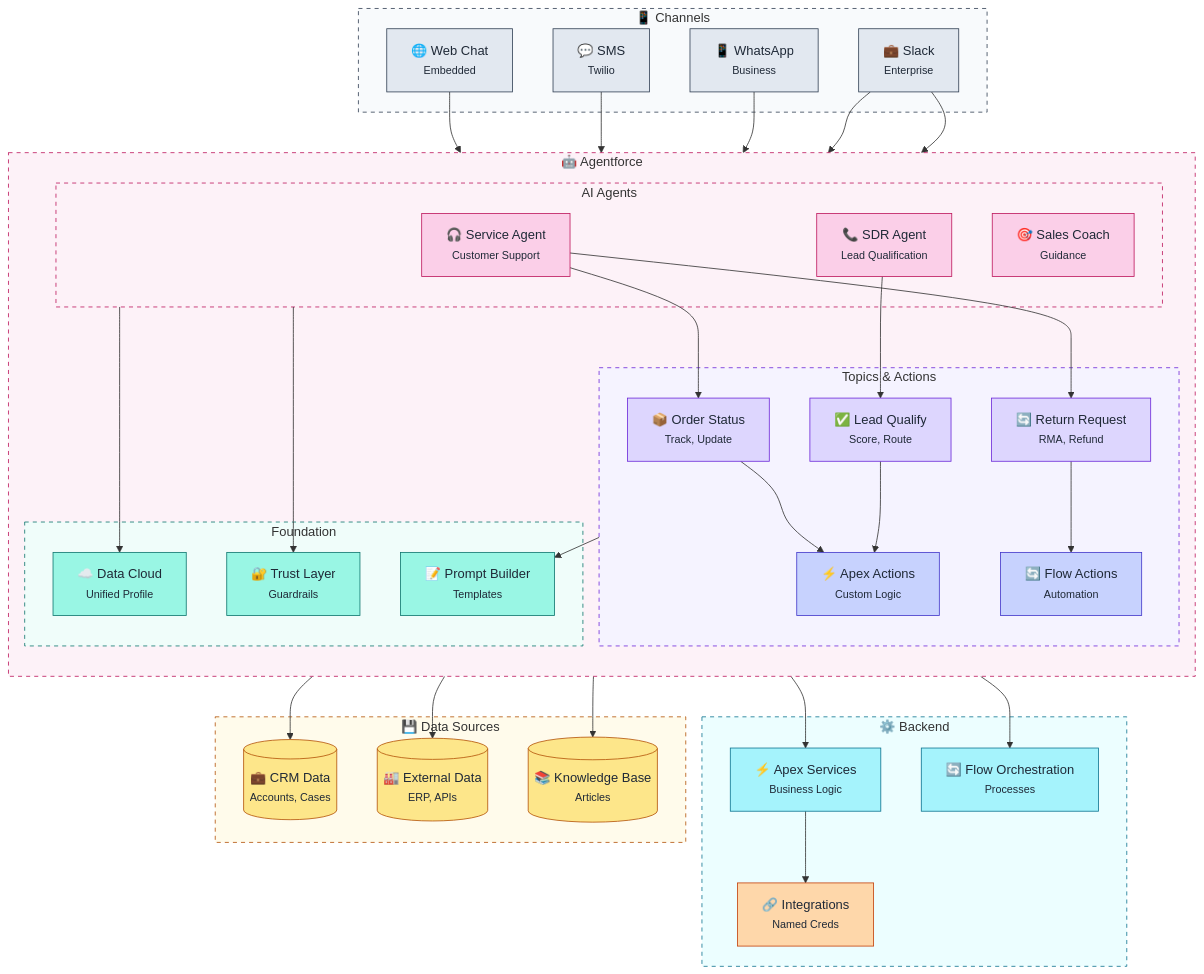
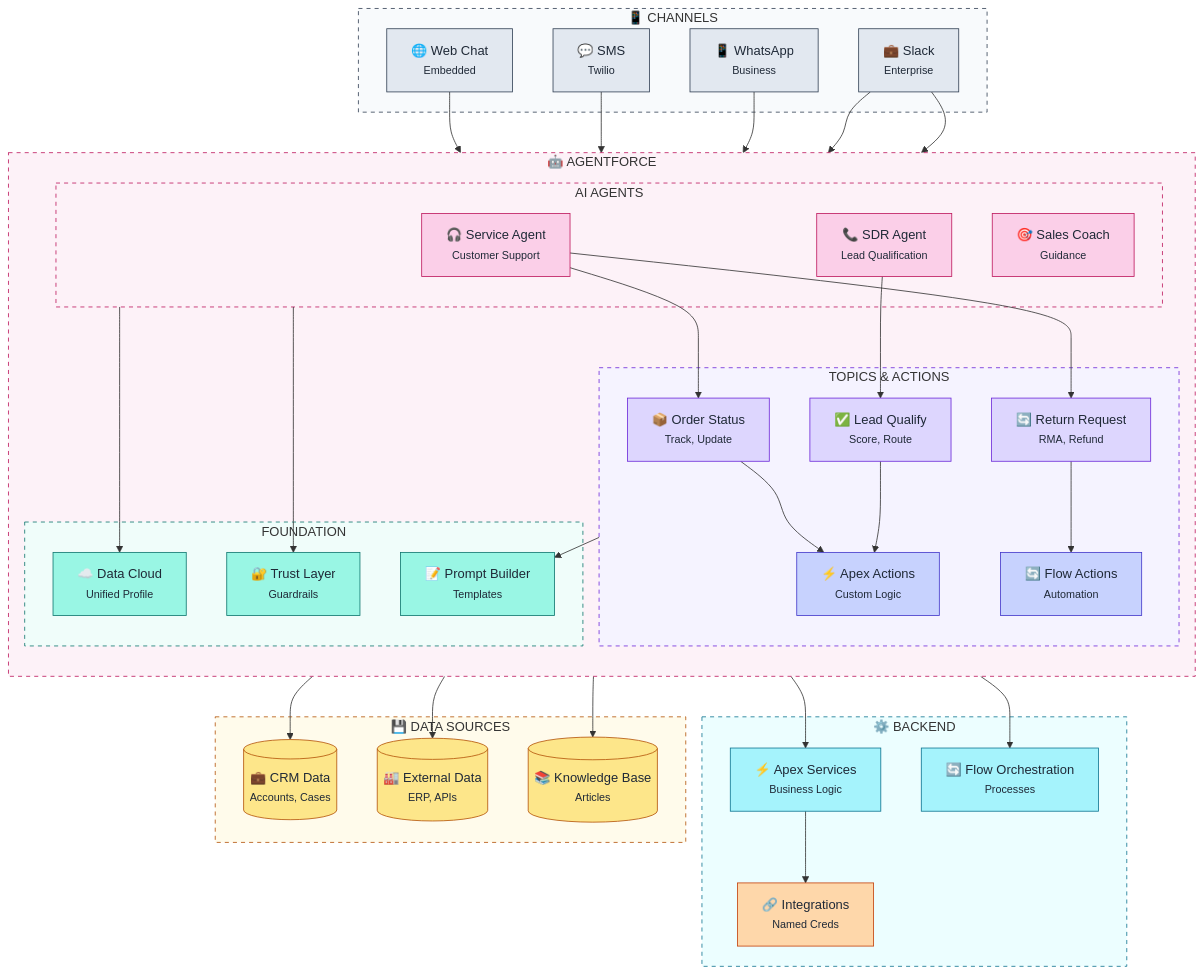
One commit to JuddLehmkuhl/sf-skills changed the second of 2 diagrams in sf-diagram/templates/architecture/system-landscape.md. Above: the diagram before and after it, drawn with Mermaid. The commit also changed other lines of this file and 3 other files, not shown here.

````diff
--- a/sf-diagram/templates/architecture/system-landscape.md
+++ b/sf-diagram/templates/architecture/system-landscape.md
@@ -145,22 +145,22 @@
 ```mermaid
 flowchart TB
-    subgraph channels["📱 Channels"]
+    subgraph channels["📱 CHANNELS"]
         WEB["🌐 Web Chat<br/><small>Embedded</small>"]
         SMS["💬 SMS<br/><small>Twilio</small>"]
         WHATS["📱 WhatsApp<br/><small>Business</small>"]
         SLACK["💼 Slack<br/><small>Enterprise</small>"]
     end
 
-    subgraph agentforce["🤖 Agentforce"]
+    subgraph agentforce["🤖 AGENTFORCE"]
         direction TB
 
-        subgraph agents["AI Agents"]
+        subgraph agents["AI AGENTS"]
             SA["🎧 Service Agent<br/><small>Customer Support</small>"]
             SDA["📞 SDR Agent<br/><small>Lead Qualification</small>"]
             COACH["🎯 Sales Coach<br/><small>Guidance</small>"]
         end
 
-        subgraph topics["Topics & Actions"]
+        subgraph topics["TOPICS & ACTIONS"]
             T1["📦 Order Status<br/><small>Track, Update</small>"]
             T2["🔄 Return Request<br/><small>RMA, Refund</small>"]
             T3["✅ Lead Qualify<br/><small>Score, Route</small>"]
@@ -168,20 +168,20 @@
             A2["🔄 Flow Actions<br/><small>Automation</small>"]
         end
 
-        subgraph foundation["Foundation"]
+        subgraph foundation["FOUNDATION"]
             DM["☁️ Data Cloud<br/><small>Unified Profile</small>"]
             TRUST["🔐 Trust Layer<br/><small>Guardrails</small>"]
             PROMPT["📝 Prompt Builder<br/><small>Templates</small>"]
         end
     end
 
-    subgraph backend["⚙️ Backend"]
+    subgraph backend["⚙️ BACKEND"]
         APEX["⚡ Apex Services<br/><small>Business Logic</small>"]
         FLOW["🔄 Flow Orchestration<br/><small>Processes</small>"]
         INT["🔗 Integrations<br/><small>Named Creds</small>"]
     end
 
-    subgraph datasources["💾 Data Sources"]
+    subgraph datasources["💾 DATA SOURCES"]
         CRM[("💼 CRM Data<br/><small>Accounts, Cases</small>")]
         EXT[("🏭 External Data<br/><small>ERP, APIs</small>")]
         KB[("📚 Knowledge Base<br/><small>Articles</small>")]
````
